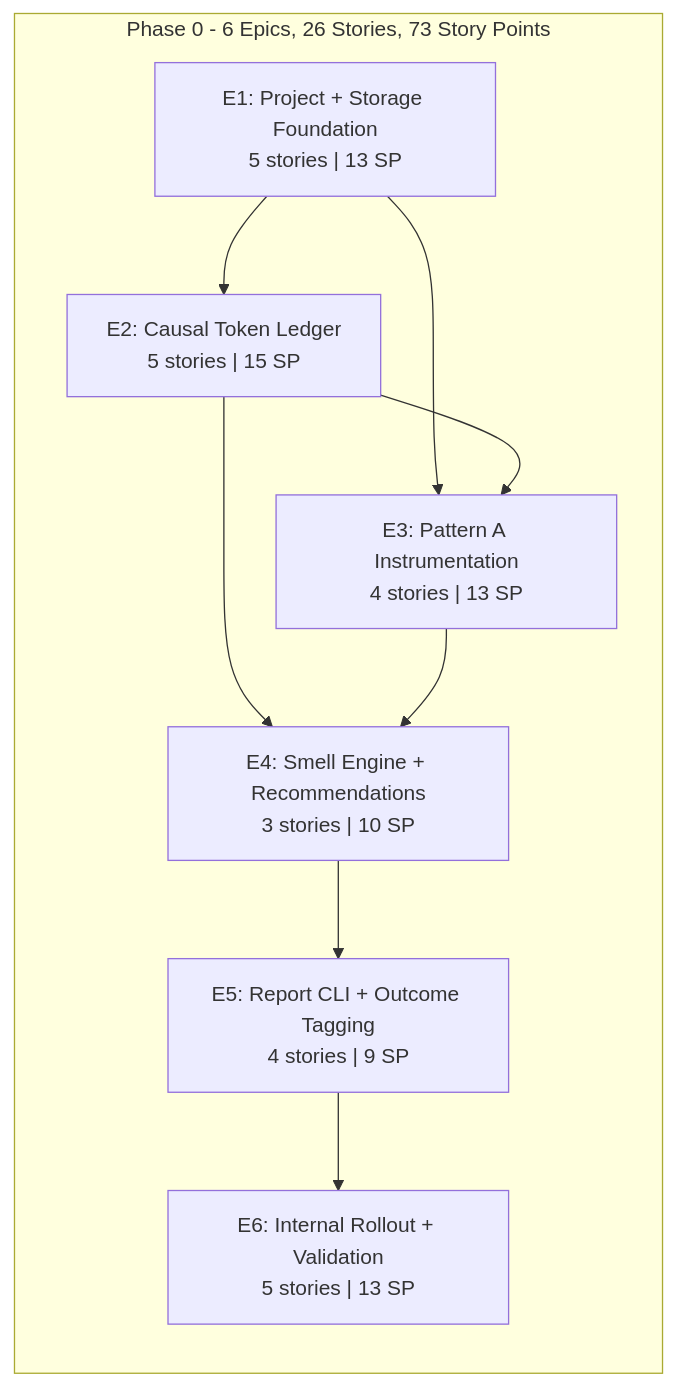
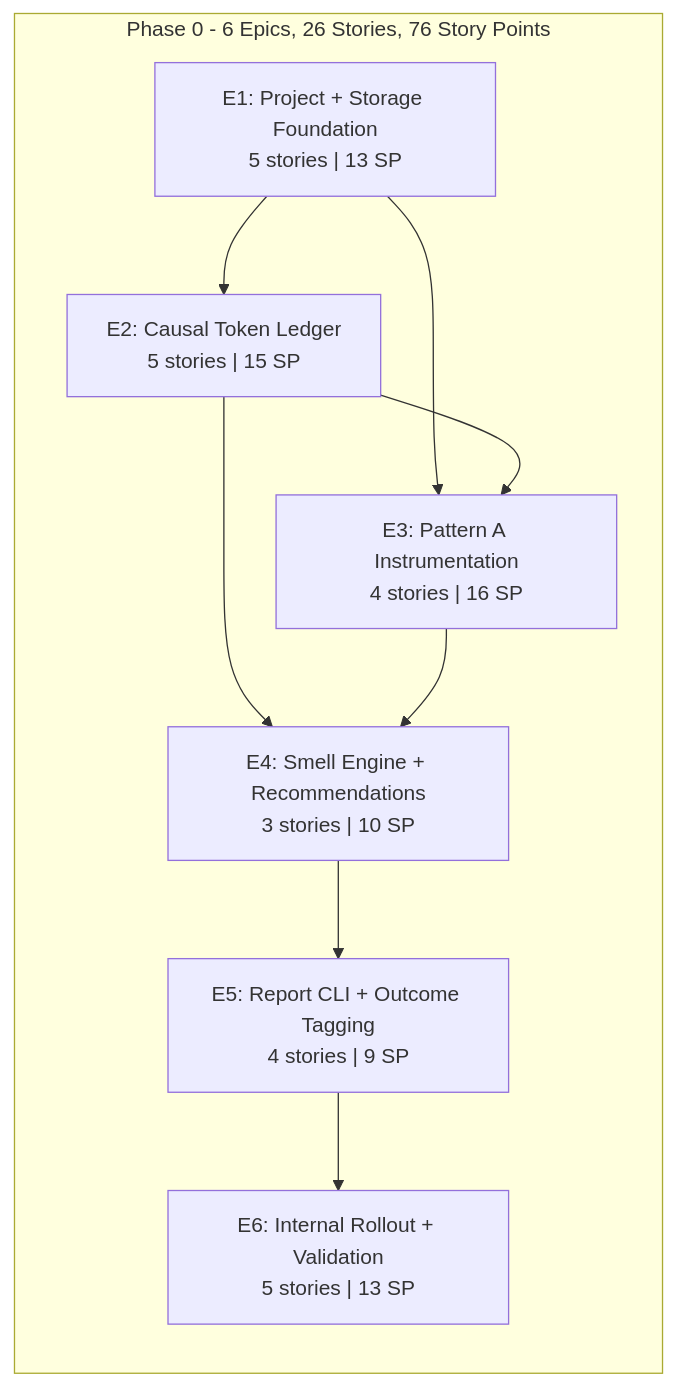
One commit to inkfoot/InkFoot changed the third of 3 diagrams in docs/planned/phase0/inkfoot_phase0_development_epics.md. Above: the diagram before and after it, drawn with Mermaid. The commit also changed other lines of this file and 7 other files, not shown here.

````diff
--- a/docs/planned/phase0/inkfoot_phase0_development_epics.md
+++ b/docs/planned/phase0/inkfoot_phase0_development_epics.md
@@ -727,19 +757,19 @@
 ```mermaid
 graph TB
-    subgraph SUMMARY["Phase 0 - 6 Epics, 26 Stories, 73 Story Points"]
+    subgraph SUMMARY["Phase 0 - 6 Epics, 26 Stories, 76 Story Points"]
         direction TB
         E1S["E1: Project + Storage Foundation<br/>5 stories | 13 SP"]
         E2S["E2: Causal Token Ledger<br/>5 stories | 15 SP"]
-        E3S["E3: Pattern A Instrumentation<br/>4 stories | 13 SP"]
+        E3S["E3: Pattern A Instrumentation<br/>4 stories | 16 SP"]
         E4S["E4: Smell Engine + Recommendations<br/>3 stories | 10 SP"]
         E5S["E5: Report CLI + Outcome Tagging<br/>4 stories | 9 SP"]
         E6S["E6: Internal Rollout + Validation<br/>5 stories | 13 SP"]
     end
     E1S --> E2S
     E1S --> E3S
     E2S --> E3S
     E2S --> E4S
     E3S --> E4S
     E4S --> E5S
     E5S --> E6S
 ```
````
